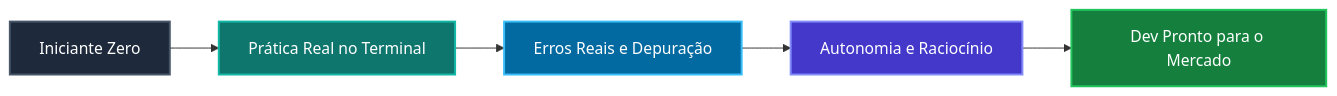
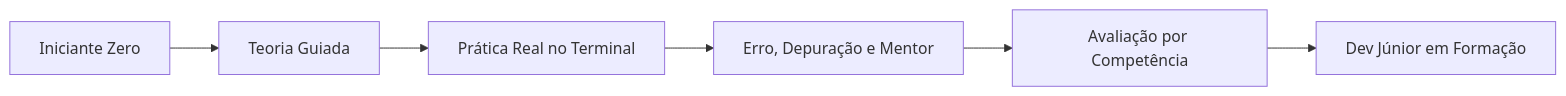
The first of 4 diagrams in docs/operations/visual-operational-brain.md (reinaldogramachof-hash/RootScoll), drawn with Mermaid before and after one commit. The commit also changed other lines of this file and 15 other files, not shown here.

````diff
--- a/docs/operations/visual-operational-brain.md
+++ b/docs/operations/visual-operational-brain.md
@@ -17,13 +19,8 @@
 ```mermaid
 graph LR
-    A["Iniciante Zero"] --> B["Prática Real no Terminal"]
-    B --> C["Erros Reais e Depuração"]
-    C --> D["Autonomia e Raciocínio"]
-    D --> E["Dev Pronto para o Mercado"]
-
-    style A fill:#1e293b,stroke:#475569,stroke-width:2px,color:#fff
-    style B fill:#0f766e,stroke:#14b8a6,stroke-width:2px,color:#fff
-    style C fill:#0369a1,stroke:#38bdf8,stroke-width:2px,color:#fff
-    style D fill:#4338ca,stroke:#818cf8,stroke-width:2px,color:#fff
-    style E fill:#15803d,stroke:#22c55e,stroke-width:2px,color:#fff
+    A["Iniciante Zero"] --> B["Teoria Guiada"]
+    B --> C["Prática Real no Terminal"]
+    C --> D["Erro, Depuração e Mentor"]
+    D --> E["Avaliação por Competência"]
+    E --> F["Dev Júnior em Formação"]
 ```
````
